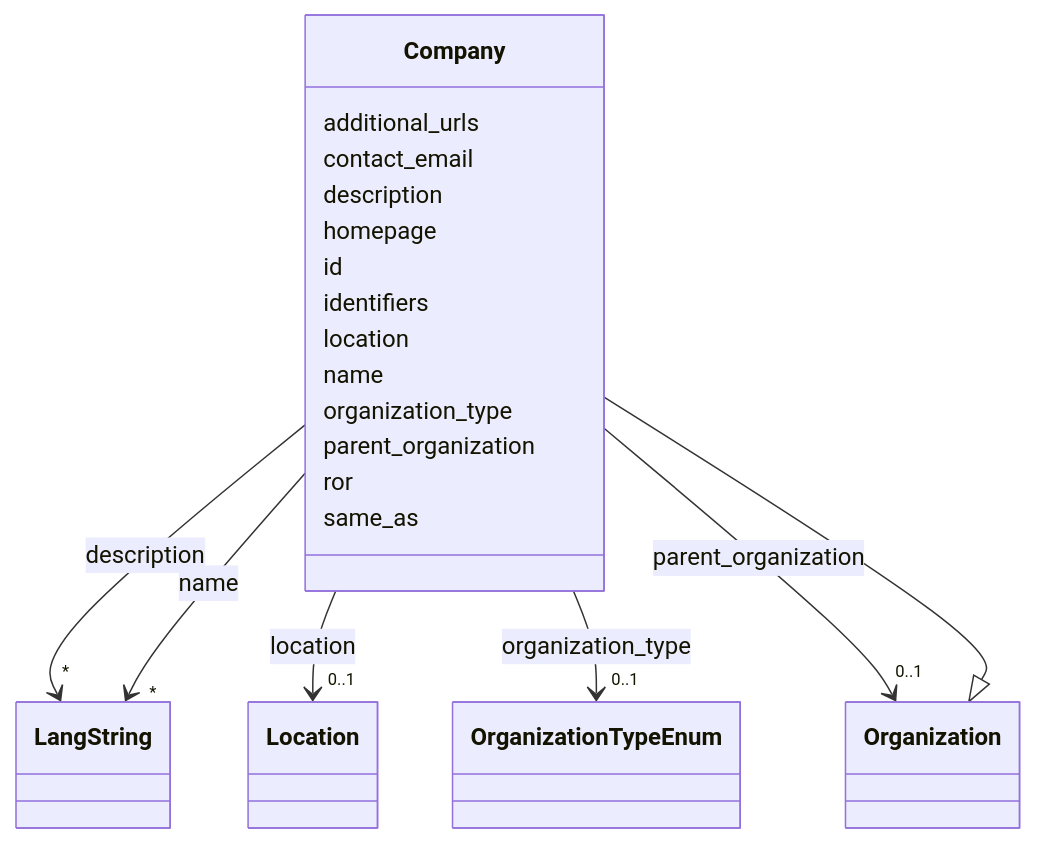
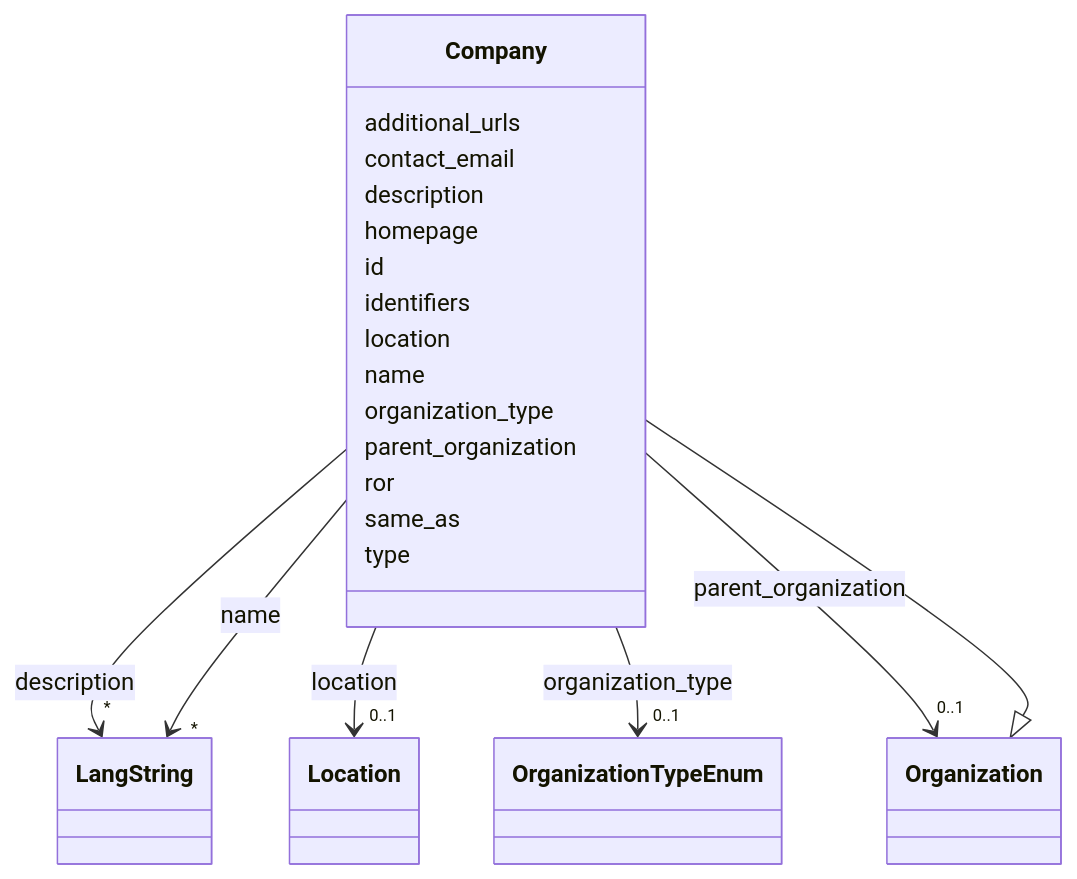
Before and after one commit to DARIAH-IL/idhi-manifests: the diagram in docs/classes/Company.md, drawn with Mermaid. The commit also changed other lines of this file and 26 other files, not shown here.

````diff
--- a/docs/classes/Company.md
+++ b/docs/classes/Company.md
@@ -23,78 +23,80 @@
 ```mermaid
  classDiagram
     class Company
     click Company href "../../classes/Company/"
       Organization <|-- Company
         click Organization href "../../classes/Organization/"
       
       Company : additional_urls
         
       Company : contact_email
         
       Company : description
         
           
     
         
         
         Company --> "*" LangString : description
         click LangString href "../../classes/LangString/"
     
 
         
       Company : homepage
         
       Company : id
         
       Company : identifiers
         
       Company : location
         
           
     
         
         
         Company --> "0..1" Location : location
         click Location href "../../classes/Location/"
     
 
         
       Company : name
         
           
     
         
         
         Company --> "*" LangString : name
         click LangString href "../../classes/LangString/"
     
 
         
       Company : organization_type
         
           
     
         
         
         Company --> "0..1" OrganizationTypeEnum : organization_type
         click OrganizationTypeEnum href "../../enums/OrganizationTypeEnum/"
     
 
         
       Company : parent_organization
         
           
     
         
         
         Company --> "0..1" Organization : parent_organization
         click Organization href "../../classes/Organization/"
     
 
         
       Company : ror
         
       Company : same_as
         
+      Company : type
+        
       
 ```
````
